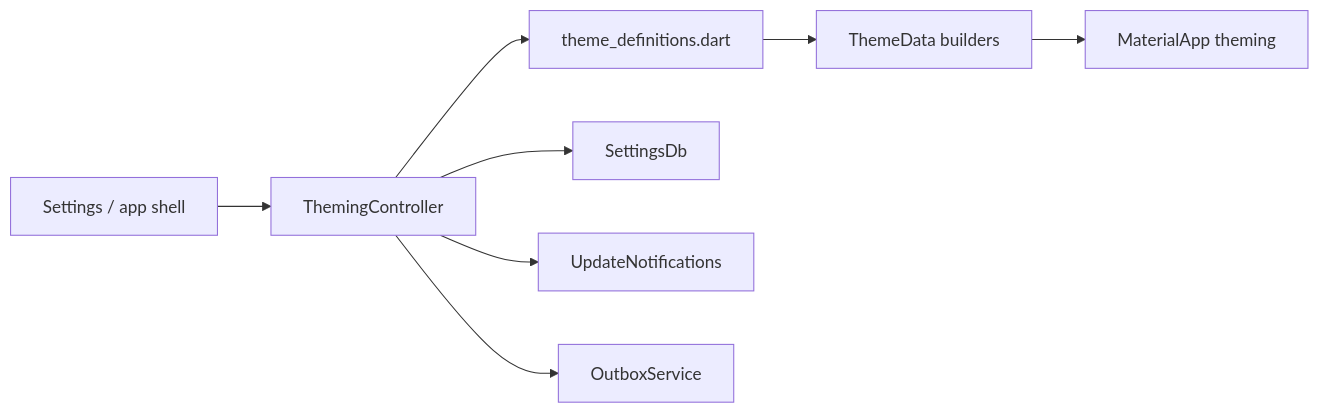
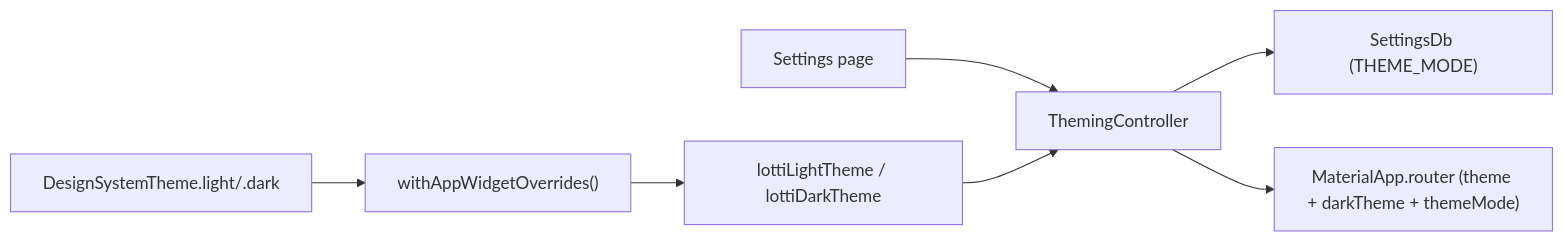
Before and after one commit to matthiasn/lotti: the first of 3 diagrams in lib/features/theming/README.md, drawn with Mermaid. The commit also changed other lines of this file and 27 other files, not shown here.

Commit message:
feat: simplify theme settings to Light/Dark/System and drop flex_color_scheme

````diff
--- a/lib/features/theming/README.md
+++ b/lib/features/theming/README.md
@@ -34,10 +39,9 @@
 ```mermaid
 flowchart LR
-  UI["Settings / app shell"] --> Ctl["ThemingController"]
-  Ctl --> Themes["theme_definitions.dart"]
-  Ctl --> Settings["SettingsDb"]
-  Ctl --> Notify["UpdateNotifications"]
-  Ctl --> Sync["OutboxService"]
-  Themes --> ThemeData["ThemeData builders"]
-  ThemeData --> App["MaterialApp theming"]
+  UI["Settings page"] --> Ctl["ThemingController"]
+  Ctl --> Settings["SettingsDb (THEME_MODE)"]
+  DS["DesignSystemTheme.light/.dark"] --> Overrides["withAppWidgetOverrides()"]
+  Overrides --> Singleton["lottiLightTheme / lottiDarkTheme"]
+  Singleton --> Ctl
+  Ctl --> App["MaterialApp.router (theme + darkTheme + themeMode)"]
 ```
````
